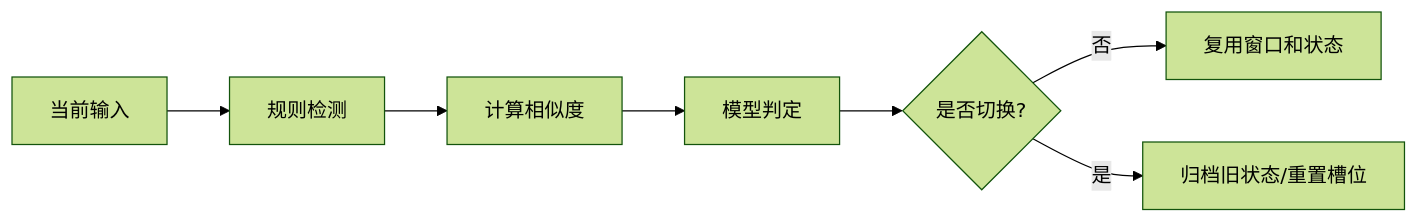
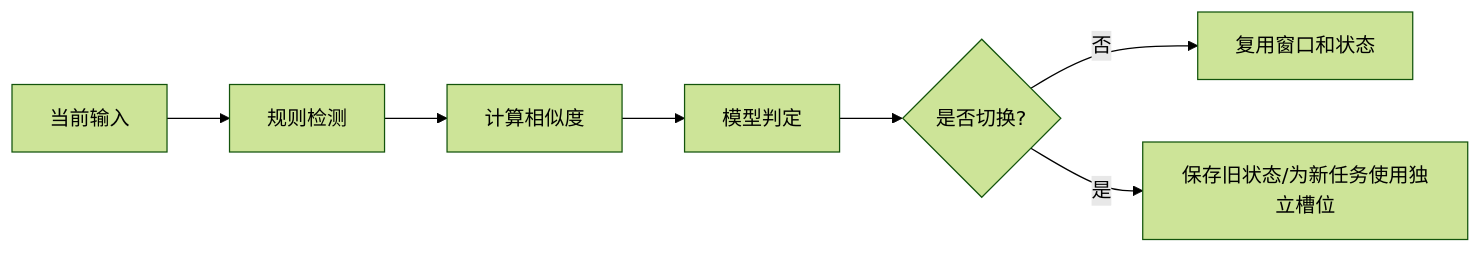
Before and after one commit to GuoWWWX/knowledge-base: the diagram in 10-AI应用开发/04-多轮对话与上下文工程/10-话题切换检测.md, drawn with Mermaid (forest theme). The commit also changed other lines of this file and 368 other files, not shown here.

````diff
--- a/10-AI应用开发/04-多轮对话与上下文工程/10-话题切换检测.md
+++ b/10-AI应用开发/04-多轮对话与上下文工程/10-话题切换检测.md
@@ -57,9 +55,9 @@
 ```mermaid
 flowchart LR
     A[当前输入] --> B[规则检测]
     B --> C[计算相似度]
     C --> D[模型判定]
     D --> E{是否切换?}
     E -->|否| F[复用窗口和状态]
-    E -->|是| G[归档旧状态/重置槽位]
+    E -->|是| G[保存旧状态/为新任务使用独立槽位]
 ```
````
